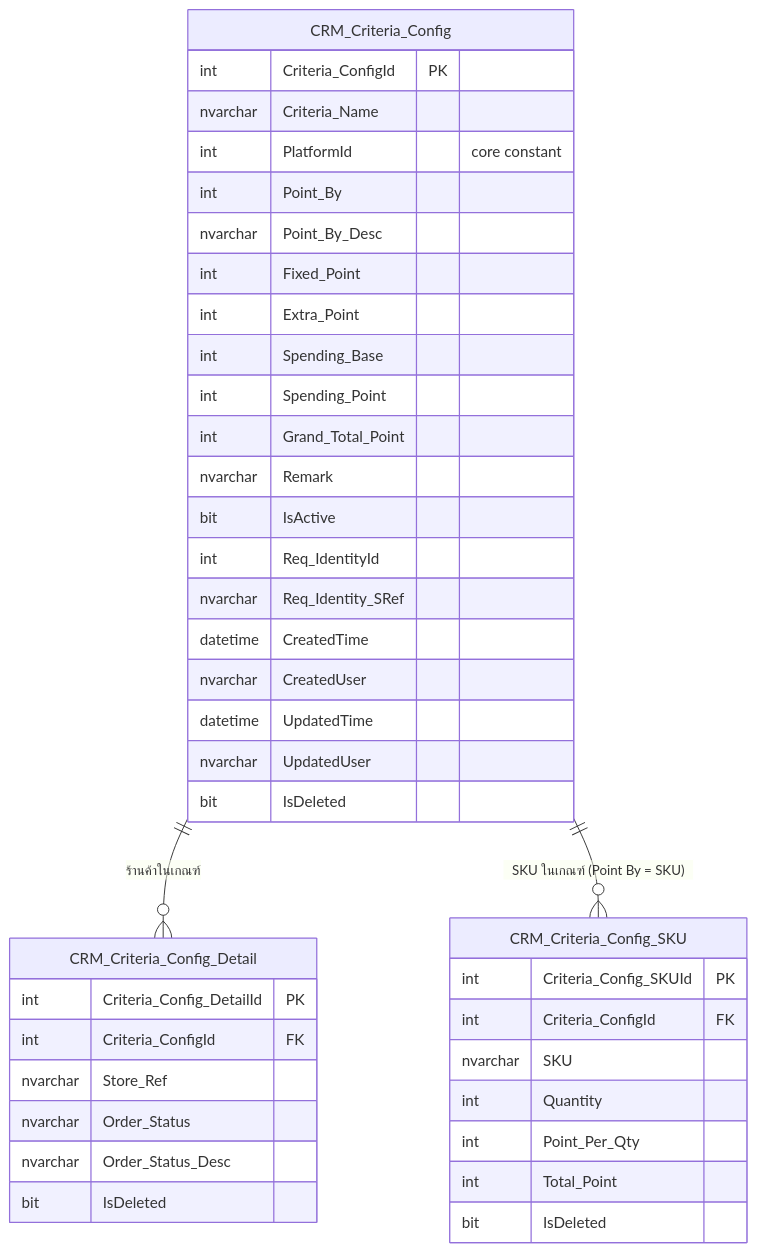
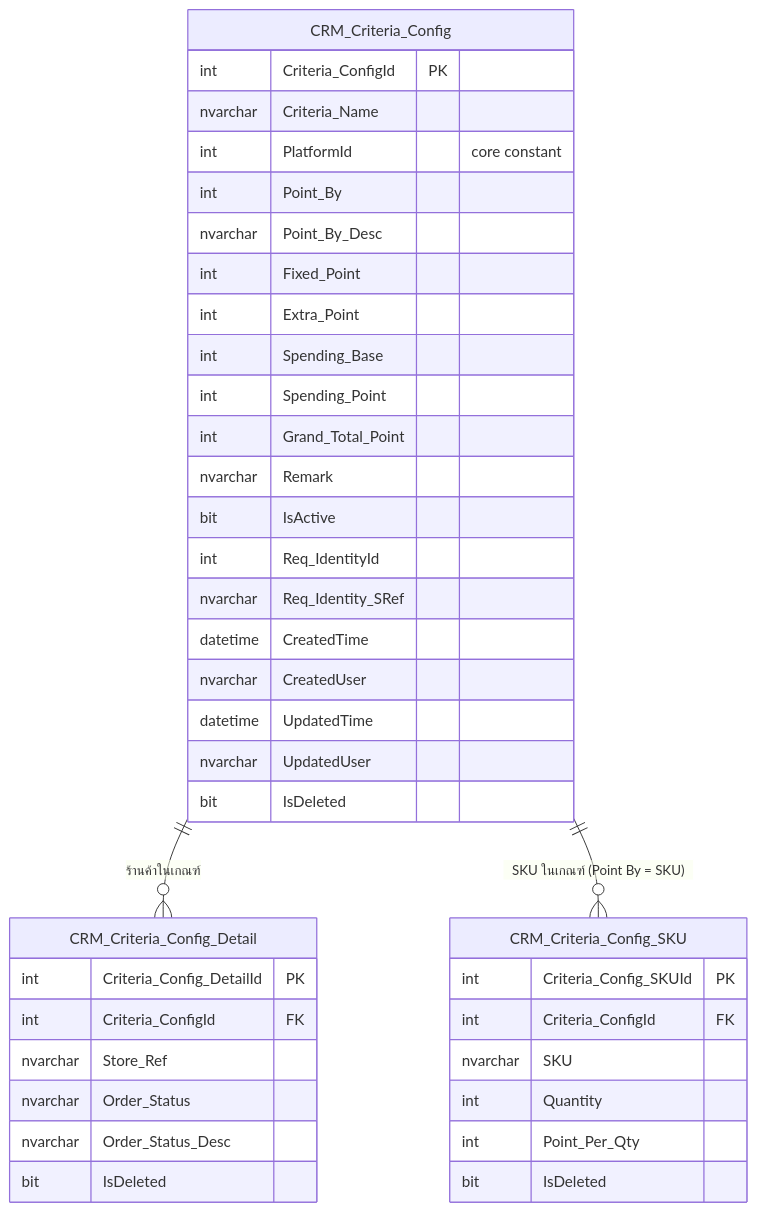
One commit to paothanapon-chococrm/obs-chococrm-me changed the diagram in content/Marketplace-Point-Criteria/01-Schema.md. Above: the diagram before and after it, drawn with Mermaid. The commit also changed other lines of this file and 4 other files, not shown here.

````diff
--- a/content/Marketplace-Point-Criteria/01-Schema.md
+++ b/content/Marketplace-Point-Criteria/01-Schema.md
@@ -7,46 +7,45 @@
 ```mermaid
 erDiagram
     CRM_Criteria_Config ||--o{ CRM_Criteria_Config_Detail : "ร้านค้าในเกณฑ์"
     CRM_Criteria_Config ||--o{ CRM_Criteria_Config_SKU : "SKU ในเกณฑ์ (Point By = SKU)"
 
     CRM_Criteria_Config {
         int Criteria_ConfigId PK
         nvarchar Criteria_Name
         int PlatformId "core constant"
         int Point_By
         nvarchar Point_By_Desc
         int Fixed_Point
         int Extra_Point
         int Spending_Base
         int Spending_Point
         int Grand_Total_Point
         nvarchar Remark
         bit IsActive
         int Req_IdentityId
         nvarchar Req_Identity_SRef
         datetime CreatedTime
         nvarchar CreatedUser
         datetime UpdatedTime
         nvarchar UpdatedUser
         bit IsDeleted
     }
 
     CRM_Criteria_Config_Detail {
         int Criteria_Config_DetailId PK
         int Criteria_ConfigId FK
         nvarchar Store_Ref
         nvarchar Order_Status
         nvarchar Order_Status_Desc
         bit IsDeleted
     }
 
     CRM_Criteria_Config_SKU {
         int Criteria_Config_SKUId PK
         int Criteria_ConfigId FK
         nvarchar SKU
         int Quantity
         int Point_Per_Qty
-        int Total_Point
         bit IsDeleted
     }
 ```
````
